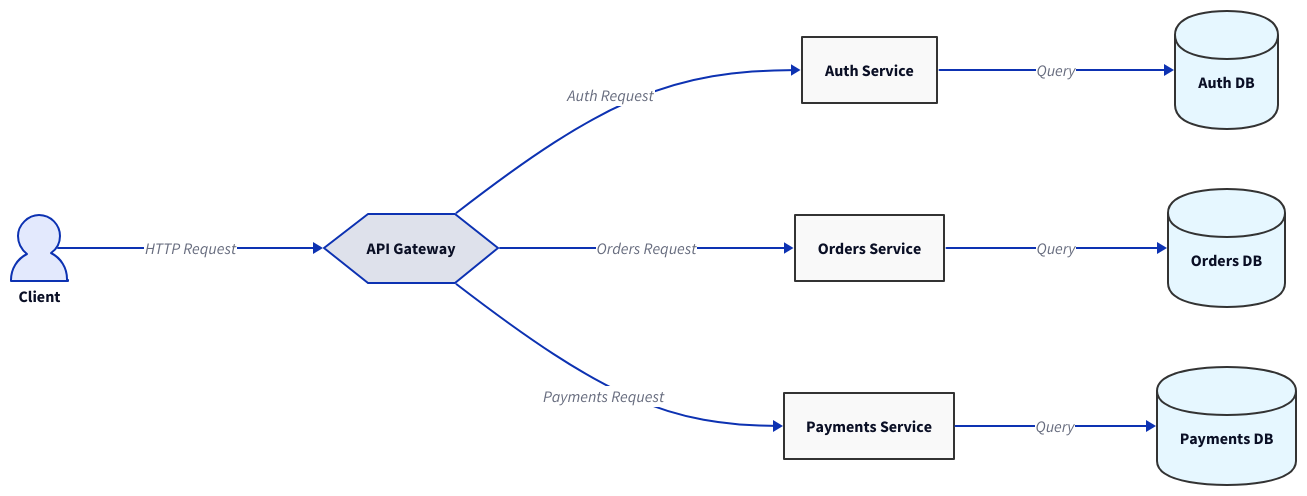
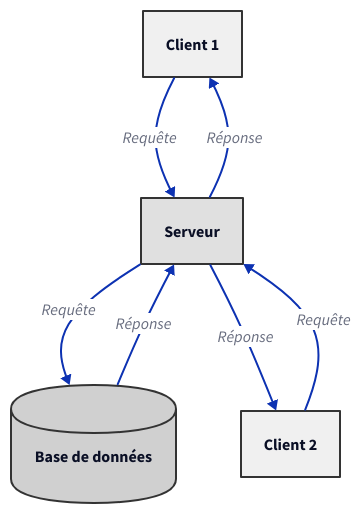
Before and after one commit to Ibne29/d2lang-vision-llm: the diagram in out/diagram_iter3.d2, drawn with D2. The commit also changed 12 other files, not shown here.

```diff
--- a/out/diagram_iter3.d2
+++ b/out/diagram_iter3.d2
@@ -1,67 +1,38 @@
-direction: right
-
-client: Client {
-  shape: person
-}
-
-api_gateway: API Gateway {
-  shape: hexagon
-}
-
-auth_service: Auth Service {
+client1: Client 1 {
   shape: rectangle
   style: {
-    fill: "#f9f9f9"
+    fill: "#f0f0f0"
     stroke: "#333"
   }
 }
 
-orders_service: Orders Service {
+client2: Client 2 {
   shape: rectangle
   style: {
-    fill: "#f9f9f9"
+    fill: "#f0f0f0"
     stroke: "#333"
   }
 }
 
-payments_service: Payments Service {
+server: Serveur {
   shape: rectangle
   style: {
-    fill: "#f9f9f9"
+    fill: "#e0e0e0"
     stroke: "#333"
   }
 }
 
-auth_db: Auth DB {
+database: Base de données {
   shape: cylinder
   style: {
-    fill: "#e6f7ff"
+    fill: "#d0d0d0"
     stroke: "#333"
   }
 }
 
-orders_db: Orders DB {
-  shape: cylinder
-  style: {
-    fill: "#e6f7ff"
-    stroke: "#333"
-  }
-}
-
-payments_db: Payments DB {
-  shape: cylinder
-  style: {
-    fill: "#e6f7ff"
-    stroke: "#333"
-  }
-}
-
-client -> api_gateway: HTTP Request
-
-api_gateway -> auth_service: Auth Request
-api_gateway -> orders_service: Orders Request
-api_gateway -> payments_service: Payments Request
-
-auth_service -> auth_db: Query
-orders_service -> orders_db: Query
-payments_service -> payments_db: Query
+client1 -> server: Requête
+client2 -> server: Requête
+server -> database: Requête
+database -> server: Réponse
+server -> client1: Réponse
+server -> client2: Réponse
```
